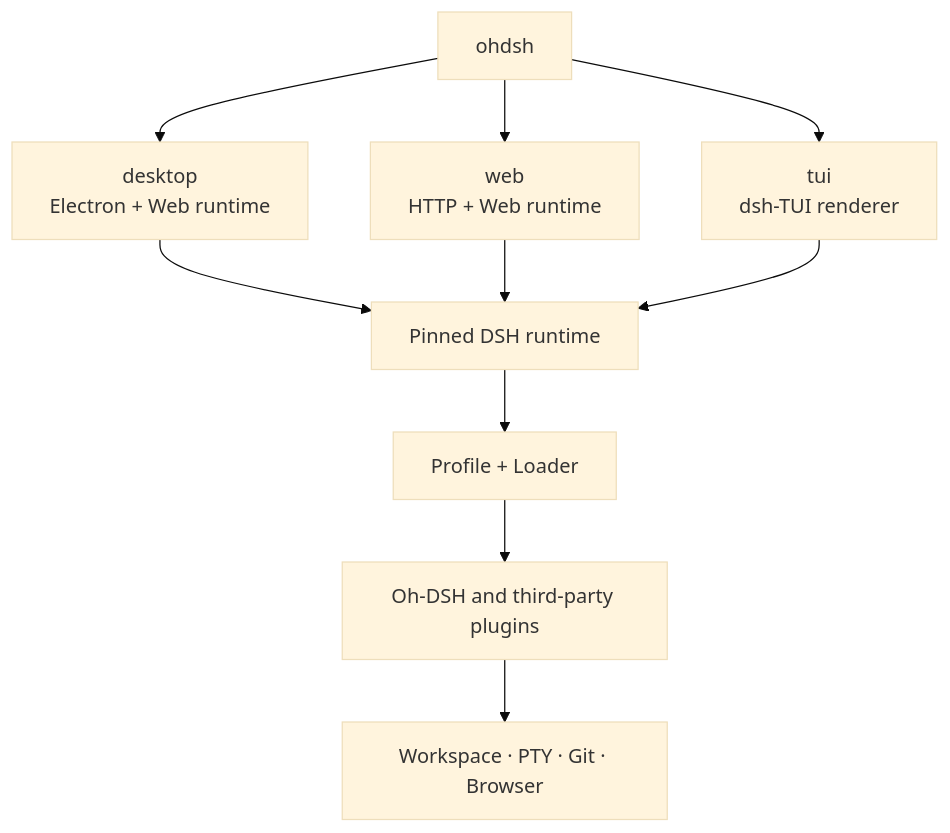
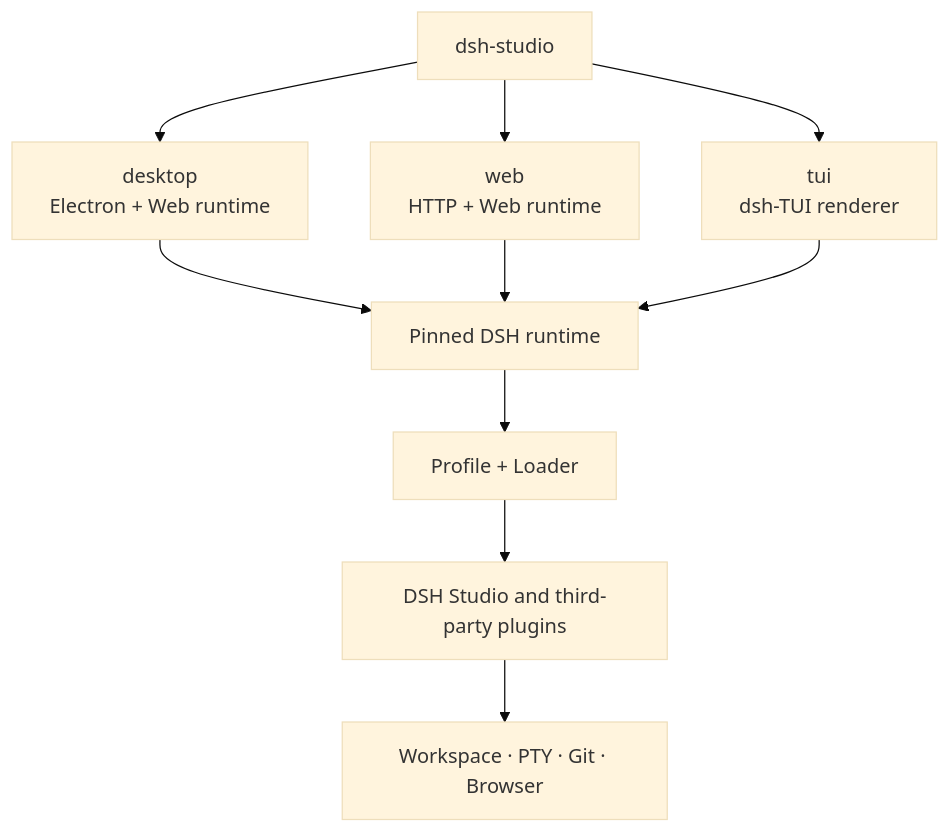
One commit to euanguo/dsh-studio changed the first of 2 diagrams in docs/design.en.md. Above: the diagram before and after it, drawn with Mermaid (base theme). The commit also changed other lines of this file and 281 other files, not shown here.

First line of the commit message:
rename: migrate product identity to DSH Studio

````diff
--- a/docs/design.en.md
+++ b/docs/design.en.md
@@ -26,13 +26,13 @@
 ```mermaid
 flowchart TB
-  CLI["ohdsh"] --> Desktop["desktop\nElectron + Web runtime"]
+  CLI["dsh-studio"] --> Desktop["desktop\nElectron + Web runtime"]
   CLI --> Web["web\nHTTP + Web runtime"]
   CLI --> TUI["tui\ndsh-TUI renderer"]
 
   Desktop --> Core["Pinned DSH runtime"]
   Web --> Core
   TUI --> Core
   Core --> Profiles["Profile + Loader"]
-  Profiles --> Plugins["Oh-DSH and third-party plugins"]
+  Profiles --> Plugins["DSH Studio and third-party plugins"]
   Plugins --> Host["Workspace · PTY · Git · Browser"]
 ```
````
